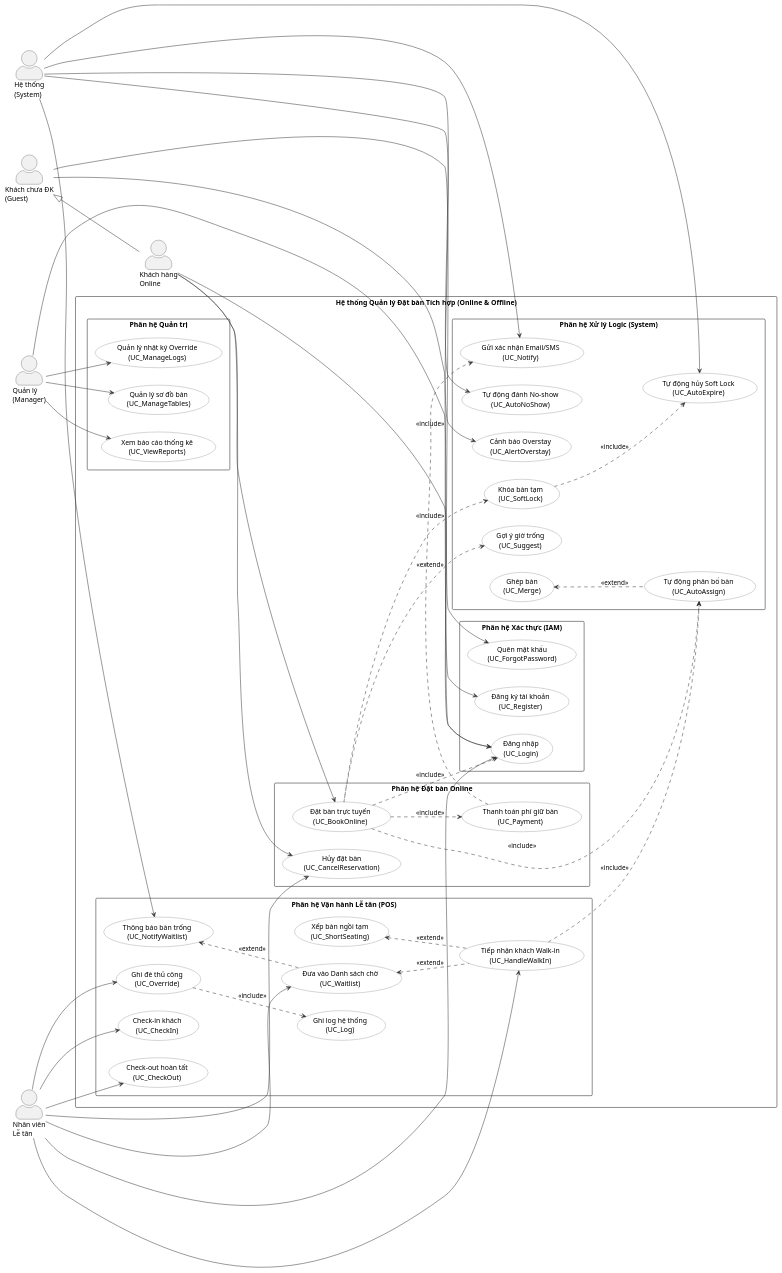
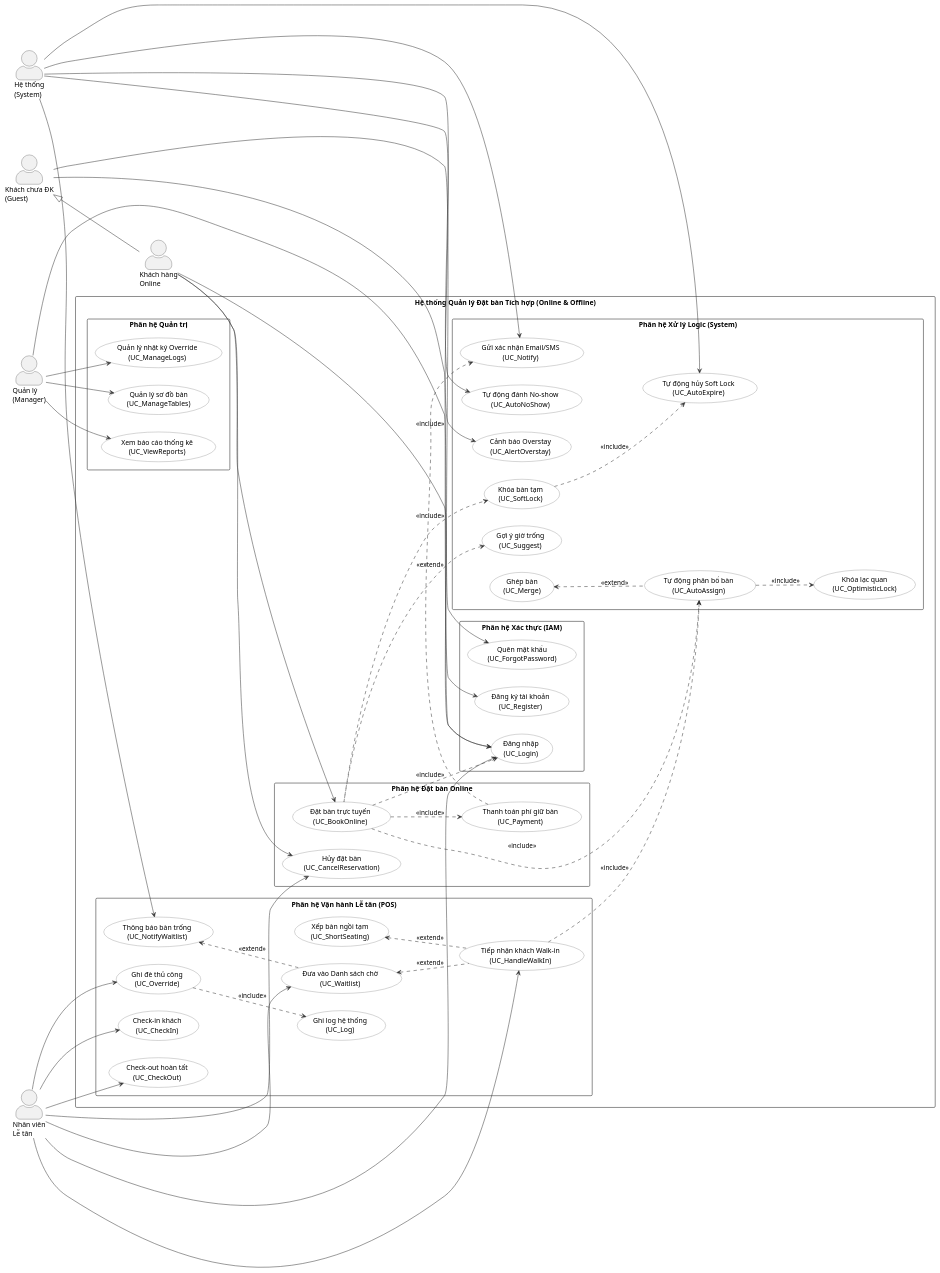
Before and after one commit to QuangLam0208/restaurant-reservation-system: the diagram in docs/uml/use-case-diagram.puml, drawn with PlantUML.

Commit message:
update useccase

```diff
--- a/docs/uml/use-case-diagram.puml
+++ b/docs/uml/use-case-diagram.puml
@@ -1,149 +1,153 @@
 @startuml
 left to right direction
 skinparam actorStyle awesome
 skinparam packageStyle rectangle
 skinparam nodesep 35
 skinparam ranksep 55
 skinparam usecase {
   BackgroundColor White
   BorderColor #555
   ArrowColor #333
 }
 
 ' ==========================================
 ' ACTORS
 ' ==========================================
 actor "Khách chưa ĐK\n(Guest)" as Guest
 actor "Khách hàng\nOnline" as OnlineCustomer
 actor "Nhân viên\nLễ tân" as Receptionist
 actor "Quản lý\n(Manager)" as Manager
 actor "Hệ thống\n(System)" as System
 
 ' Kế thừa: OnlineCustomer mở rộng từ Guest
 Guest <|-- OnlineCustomer
 
 rectangle "Hệ thống Quản lý Đặt bàn Tích hợp (Online & Offline)" {
 
   ' ----------------------------------------
   rectangle "Phân hệ Xác thực (IAM)" {
     usecase "Đăng ký tài khoản\n(UC_Register)" as UC_Register
     usecase "Đăng nhập\n(UC_Login)" as UC_Login
     usecase "Quên mật khẩu\n(UC_ForgotPassword)" as UC_Forgot
   }
 
   ' ----------------------------------------
   rectangle "Phân hệ Đặt bàn Online" {
     usecase "Đặt bàn trực tuyến\n(UC_BookOnline)" as UC_BookOnline
     usecase "Thanh toán phí giữ bàn\n(UC_Payment)" as UC_Payment
     usecase "Hủy đặt bàn\n(UC_CancelReservation)" as UC_CancelReservation
   }
 
   ' ----------------------------------------
   rectangle "Phân hệ Xử lý Logic (System)" {
     usecase "Tự động phân bổ bàn\n(UC_AutoAssign)" as UC_AutoAssign
     usecase "Ghép bàn\n(UC_Merge)" as UC_Merge
     usecase "Khóa bàn tạm\n(UC_SoftLock)" as UC_SoftLock
+    usecase "Khóa lạc quan\n(UC_OptimisticLock)" as UC_OptimisticLock
     usecase "Tự động hủy Soft Lock\n(UC_AutoExpire)" as UC_AutoExpire
     usecase "Gửi xác nhận Email/SMS\n(UC_Notify)" as UC_Notify
     usecase "Gợi ý giờ trống\n(UC_Suggest)" as UC_Suggest
     usecase "Tự động đánh No-show\n(UC_AutoNoShow)" as UC_AutoNoShow
     usecase "Cảnh báo Overstay\n(UC_AlertOverstay)" as UC_AlertOverstay
   }
 
   ' ----------------------------------------
   rectangle "Phân hệ Vận hành Lễ tân (POS)" {
     usecase "Tiếp nhận khách Walk-in\n(UC_HandleWalkIn)" as UC_HandleWalkIn
     usecase "Xếp bàn ngồi tạm\n(UC_ShortSeating)" as UC_ShortSeating
     usecase "Đưa vào Danh sách chờ\n(UC_Waitlist)" as UC_Waitlist
     usecase "Thông báo bàn trống\n(UC_NotifyWaitlist)" as UC_NotifyWaitlist
     usecase "Check-in khách\n(UC_CheckIn)" as UC_CheckIn
     usecase "Check-out hoàn tất\n(UC_CheckOut)" as UC_CheckOut
     usecase "Ghi đè thủ công\n(UC_Override)" as UC_Override
     usecase "Ghi log hệ thống\n(UC_Log)" as UC_Log
   }
 
   ' ----------------------------------------
   rectangle "Phân hệ Quản trị" {
     usecase "Quản lý sơ đồ bàn\n(UC_ManageTables)" as UC_ManageTables
     usecase "Xem báo cáo thống kê\n(UC_ViewReports)" as UC_ViewReports
     usecase "Quản lý nhật ký Override\n(UC_ManageLogs)" as UC_ManageLogs
   }
 
 }
 
 ' ==========================================
 ' ACTOR → USE CASE
 ' ==========================================
 
 ' Guest
 Guest --> UC_Register
 Guest --> UC_Forgot
 
 ' Khách Online
 OnlineCustomer --> UC_Login
 OnlineCustomer --> UC_BookOnline
 OnlineCustomer --> UC_CancelReservation
 
 ' Lễ tân
 Receptionist --> UC_Login
 Receptionist --> UC_HandleWalkIn
 Receptionist --> UC_CheckIn
 Receptionist --> UC_CheckOut
 Receptionist --> UC_CancelReservation
 Receptionist --> UC_Override
 Receptionist --> UC_Waitlist
 
 ' Quản lý
 Manager --> UC_Login
 Manager --> UC_ManageTables
 Manager --> UC_ViewReports
 Manager --> UC_ManageLogs
 
 ' System (chạy ngầm)
 System --> UC_AutoNoShow
 System --> UC_AlertOverstay
 System --> UC_AutoExpire
 System --> UC_Notify
 System --> UC_NotifyWaitlist
 
 ' ==========================================
 ' INCLUDE / EXTEND
 ' ==========================================
 
 ' --- Phân hệ Xác thực ---
 ' BookOnline yêu cầu đã đăng nhập
 UC_BookOnline ..> UC_Login : <<include>>
 
 ' --- Phân hệ Online ---
 UC_BookOnline ..> UC_AutoAssign  : <<include>>
 UC_BookOnline ..> UC_SoftLock    : <<include>>
 UC_BookOnline ..> UC_Payment     : <<include>>
 
+' AutoAssign luôn dùng Optimistic Lock khi ghi reservation
+UC_AutoAssign ..> UC_OptimisticLock : <<include>>
+
 ' Sau thanh toán thành công → gửi thông báo
 UC_Payment ..> UC_Notify         : <<include>>
 
 ' Nếu quá hạn 5p → tự hủy lock
 UC_SoftLock ..> UC_AutoExpire    : <<include>>
 
 ' AutoAssign thất bại (không có bàn đơn) → thử ghép bàn
 UC_Merge <.. UC_AutoAssign       : <<extend>>
 
 ' Không tìm được bàn → gợi ý giờ khác
 UC_Suggest <.. UC_BookOnline     : <<extend>>
 
 ' --- Phân hệ Walk-in ---
 UC_HandleWalkIn ..> UC_AutoAssign  : <<include>>
 
 ' Bàn trống một phần → đề xuất Short Seating
 UC_ShortSeating <.. UC_HandleWalkIn : <<extend>>
 
 ' Hết bàn → vào Waitlist
 UC_Waitlist <.. UC_HandleWalkIn   : <<extend>>
 
 ' Có bàn trống → thông báo khách chờ
 UC_NotifyWaitlist <.. UC_Waitlist  : <<extend>>
 
 ' --- Phân hệ Override ---
 UC_Override ..> UC_Log : <<include>>
 
 @enduml
```
